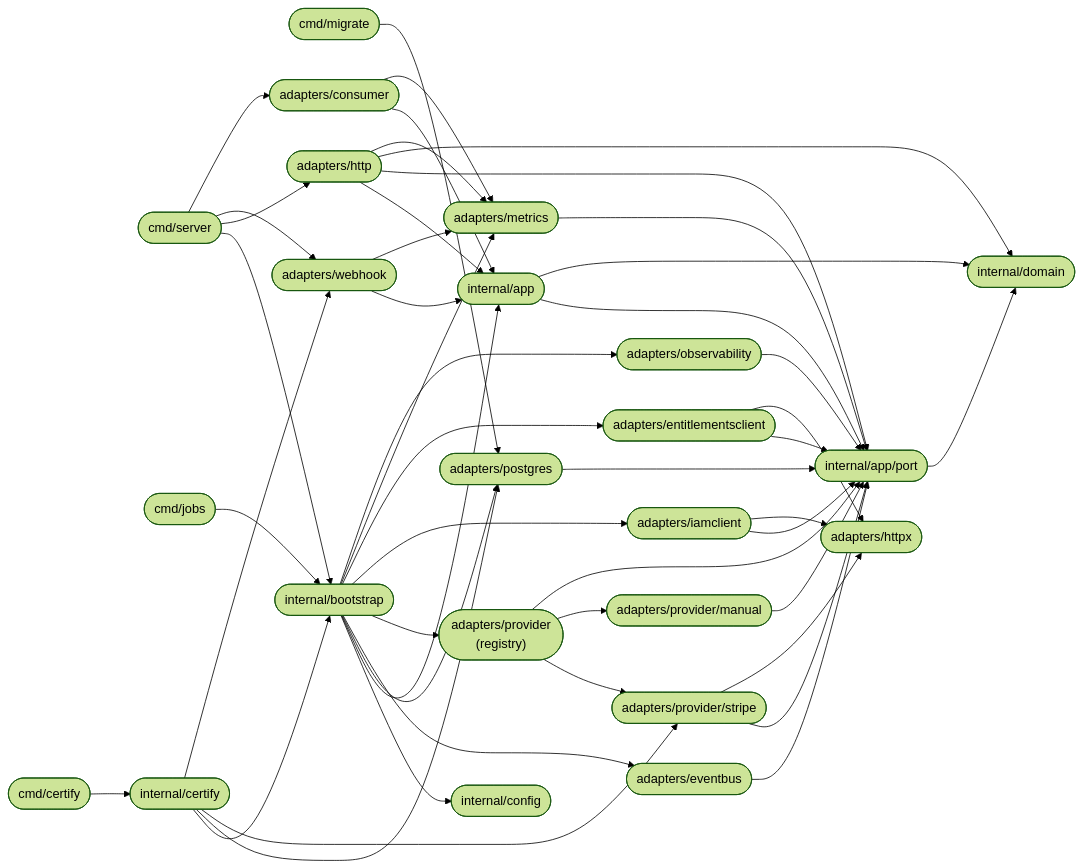
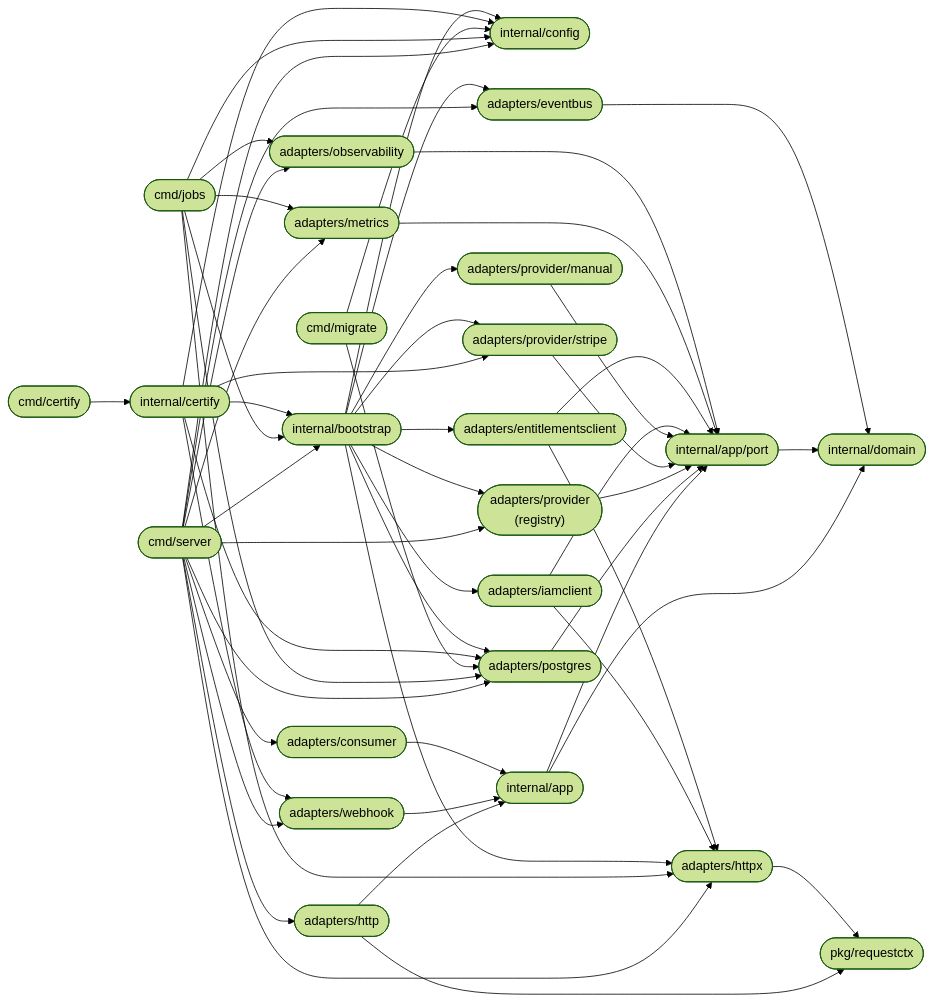
The second of 9 diagrams in ARCHITECTURE.md (BCBP-SOLUTIONS-FZC-LLC/commercial-billing-service), drawn with Mermaid (forest theme) before and after one commit. The commit also changed other lines of this file and 17 other files, not shown here.

First line of the commit message:
docs: LLD rev 0.59–0.61, README, ARCHITECTURE, CHANGELOG and .claude aligned with the implementation

````diff
--- a/ARCHITECTURE.md
+++ b/ARCHITECTURE.md
@@ -168,54 +169,63 @@
     httpx(["adapters/httpx"])
     metrics(["adapters/metrics"])
     observability(["adapters/observability"])
+    requestctx(["pkg/requestctx"])
 
     server --> bootstrap
+    server --> config
     server --> http
     server --> webhook
     server --> consumer
+    server --> postgres
+    server --> eventbus
+    server --> registry
+    server --> httpx
+    server --> metrics
+    server --> observability
     jobsb --> bootstrap
+    jobsb --> config
+    jobsb --> postgres
+    jobsb --> httpx
+    jobsb --> metrics
+    jobsb --> observability
+    migrateb --> config
     migrateb --> postgres
     certifyb --> certify
 
     certify --> bootstrap
+    certify --> config
     certify --> postgres
     certify --> stripe
     certify --> webhook
     bootstrap --> config
-    bootstrap --> app
     bootstrap --> postgres
     bootstrap --> eventbus
     bootstrap --> registry
+    bootstrap --> stripe
+    bootstrap --> manual
     bootstrap --> iamclient
     bootstrap --> entclient
-    bootstrap --> metrics
-    bootstrap --> observability
+    bootstrap --> httpx
 
     http --> app
-    http --> port
-    http --> domain
-    http --> metrics
+    http --> requestctx
     webhook --> app
-    webhook --> metrics
     consumer --> app
-    consumer --> metrics
 
     app --> port
     app --> domain
     port --> domain
 
     postgres --> port
-    eventbus --> port
-    registry --> stripe
-    registry --> manual
+    eventbus --> domain
     registry --> port
     stripe --> port
-    stripe --> httpx
     manual --> port
     iamclient --> port
     iamclient --> httpx
     entclient --> port
     entclient --> httpx
+    httpx --> requestctx
     metrics --> port
     observability --> port
 ```
````
